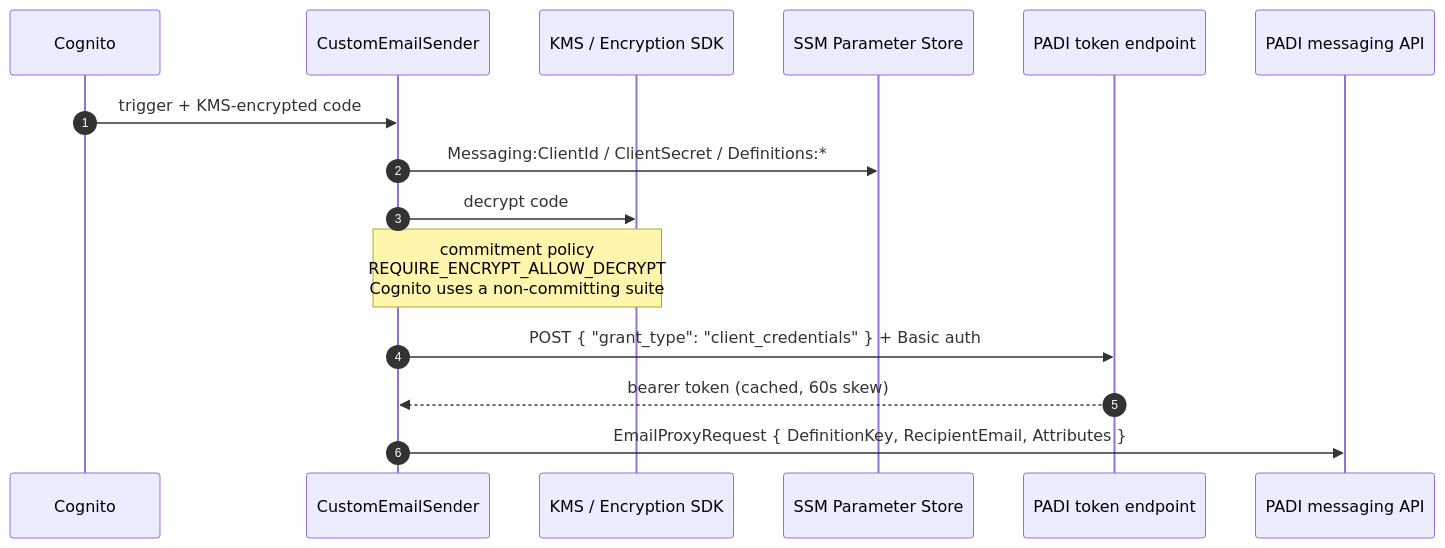
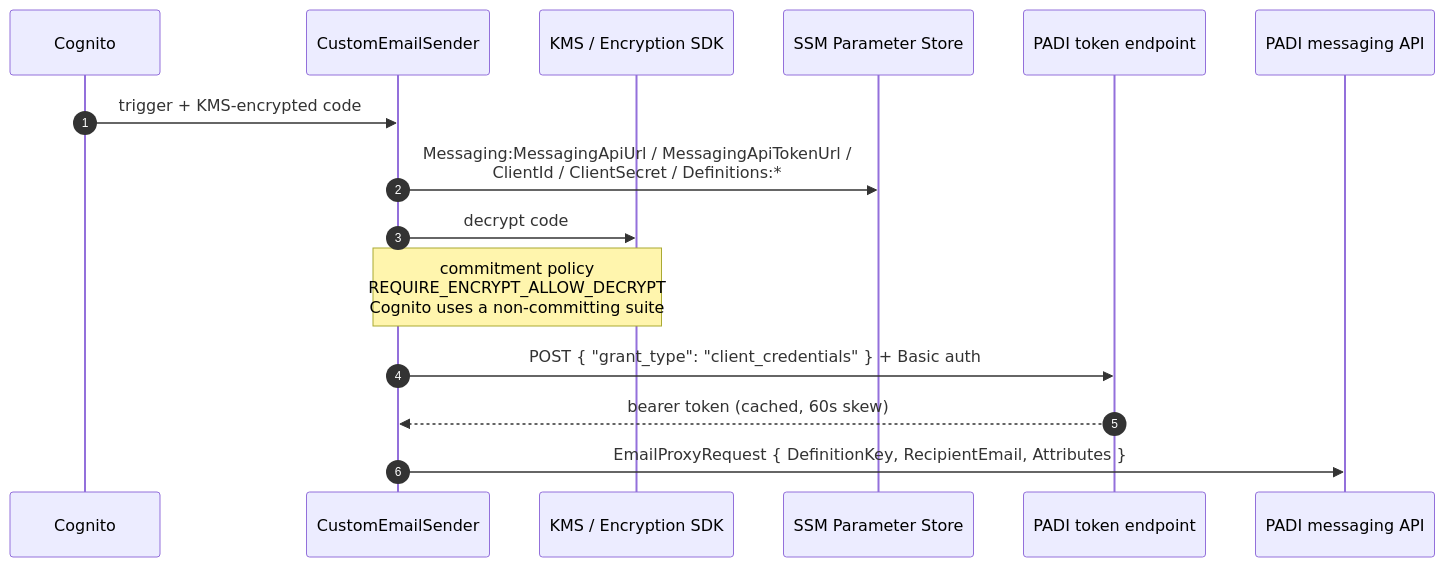
Before and after one commit to minhthanhnguyen/PADISSOPOC: the fifth of 6 diagrams in PADISSOPOC/docs/architecture.md, drawn with Mermaid. The commit also changed other lines of this file and 6 other files, not shown here.

Commit message:
Messaging API param changes; managed login domain

````diff
--- a/PADISSOPOC/docs/architecture.md
+++ b/PADISSOPOC/docs/architecture.md
@@ -296,18 +299,18 @@
 ```mermaid
 sequenceDiagram
     autonumber
     participant C as Cognito
     participant S as CustomEmailSender
     participant K as KMS / Encryption SDK
     participant P as SSM Parameter Store
     participant T as PADI token endpoint
     participant M as PADI messaging API
 
     C->>S: trigger + KMS-encrypted code
-    S->>P: Messaging:ClientId / ClientSecret / Definitions:*
+    S->>P: Messaging:MessagingApiUrl / MessagingApiTokenUrl /<br/>ClientId / ClientSecret / Definitions:*
     S->>K: decrypt code
     Note over S,K: commitment policy<br/>REQUIRE_ENCRYPT_ALLOW_DECRYPT<br/>Cognito uses a non-committing suite
     S->>T: POST { "grant_type": "client_credentials" } + Basic auth
     T-->>S: bearer token (cached, 60s skew)
     S->>M: EmailProxyRequest { DefinitionKey, RecipientEmail, Attributes }
 ```
````
